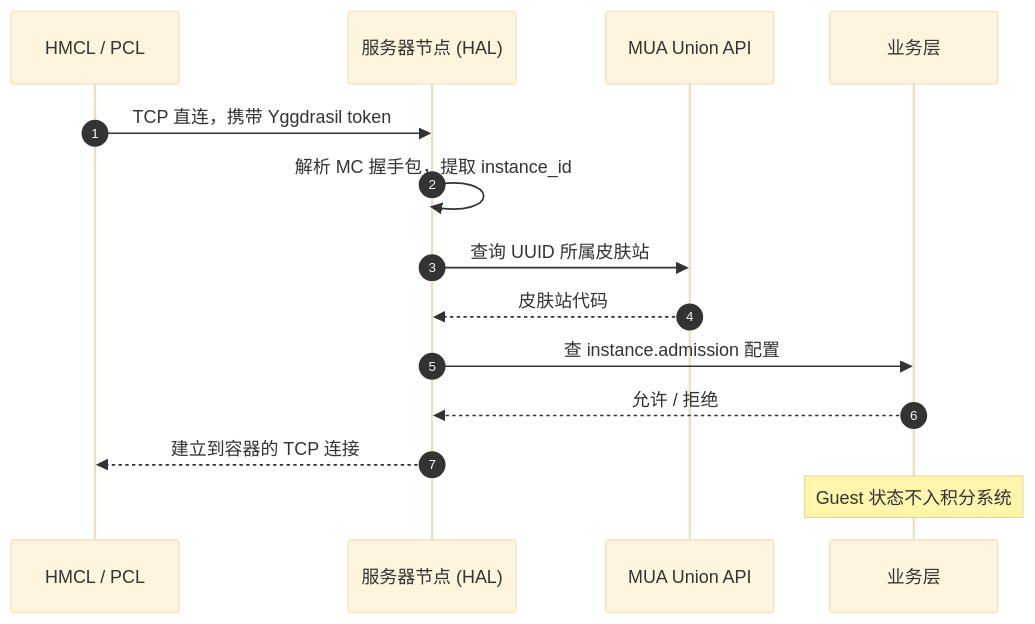
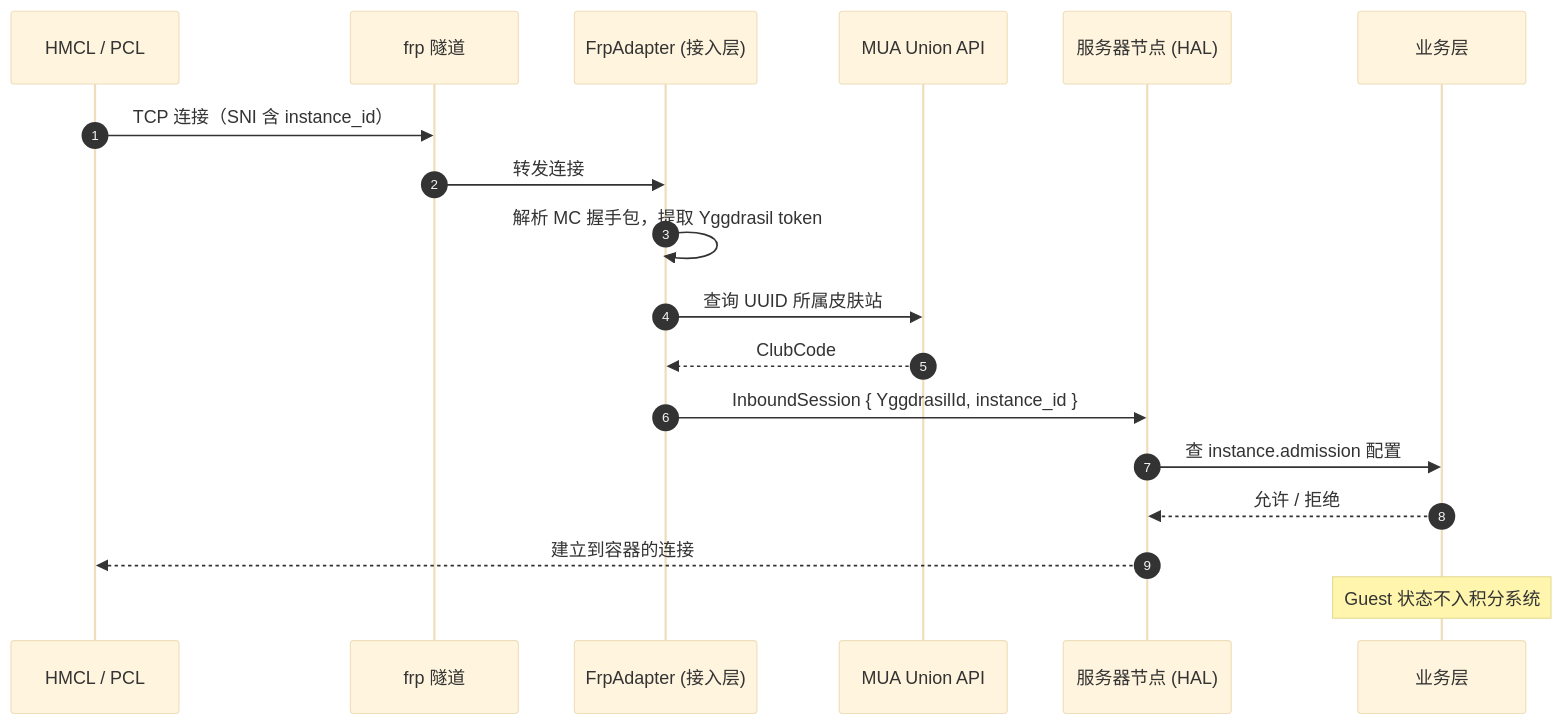
The third of 3 diagrams in pages/design/overview.md (JLUCraft/docs), drawn with Mermaid (base theme) before and after one commit. The commit also changed other lines of this file and 12 other files, not shown here.

````diff
--- a/pages/design/overview.md
+++ b/pages/design/overview.md
@@ -107,17 +118,21 @@
 ```mermaid
 sequenceDiagram
     autonumber
     participant Std as HMCL / PCL
+    participant FRP as frp 隧道
+    participant A as FrpAdapter (接入层)
+    participant Union as MUA Union API
     participant S as 服务器节点 (HAL)
-    participant Union as MUA Union API
     participant Biz as 业务层
 
-    Std->>S: TCP 直连，携带 Yggdrasil token
-    S->>S: 解析 MC 握手包，提取 instance_id
-    S->>Union: 查询 UUID 所属皮肤站
-    Union-->>S: 皮肤站代码
+    Std->>FRP: TCP 连接（SNI 含 instance_id）
+    FRP->>A: 转发连接
+    A->>A: 解析 MC 握手包，提取 Yggdrasil token
+    A->>Union: 查询 UUID 所属皮肤站
+    Union-->>A: ClubCode
+    A->>S: InboundSession { YggdrasilId, instance_id }
     S->>Biz: 查 instance.admission 配置
     Biz-->>S: 允许 / 拒绝
-    S-->>Std: 建立到容器的 TCP 连接
+    S-->>Std: 建立到容器的连接
     Note over Biz: Guest 状态不入积分系统
 ```
````
